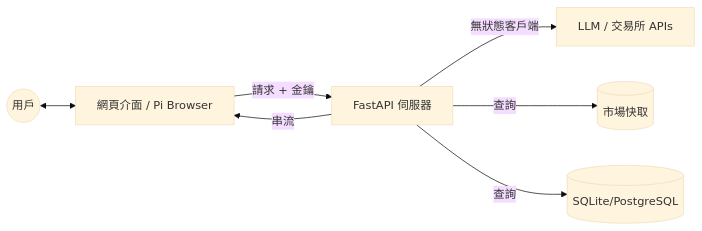
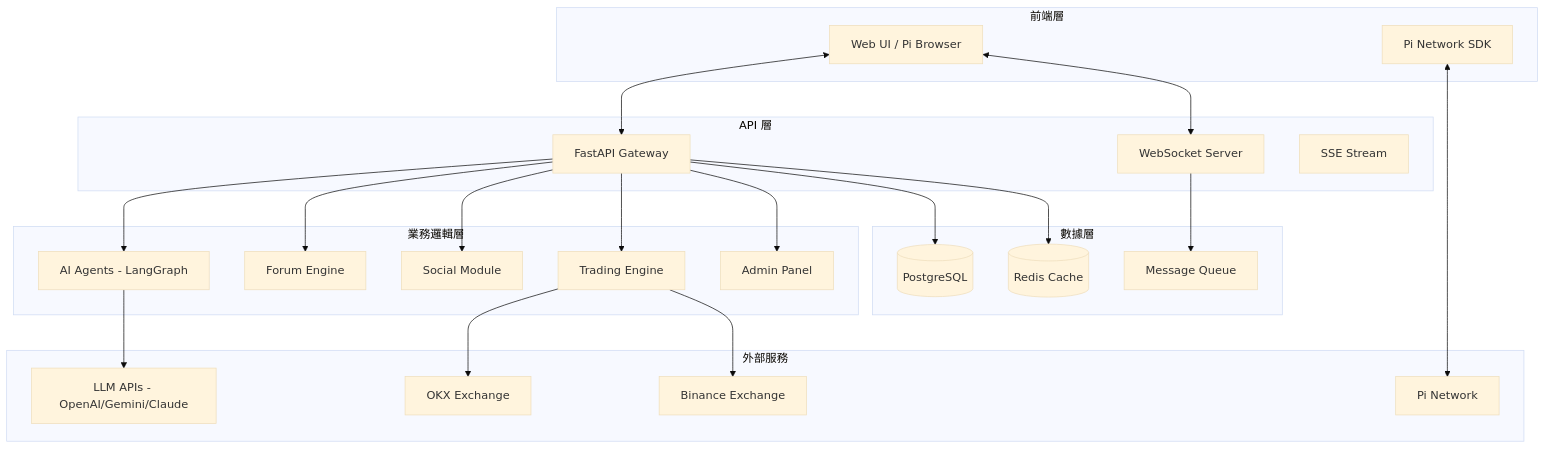
One commit to aaaa47080/stock_agent changed the diagram in README_CN.md. Above: the diagram before and after it, drawn with Mermaid (base theme). The commit also changed other lines of this file and 1 other file, not shown here.

````diff
--- a/README_CN.md
+++ b/README_CN.md
@@ -74,9 +143,52 @@
 ```mermaid
-graph LR
-    User((用戶)) <--> UI[網頁介面 / Pi Browser]
-    UI -- "請求 + 金鑰" --> API[FastAPI 伺服器]
-    API -- "無狀態客戶端" --> LLM[LLM / 交易所 APIs]
-    API -- "查詢" --> Cache[(市場快取)]
-    API -- "查詢" --> DB[(SQLite/PostgreSQL)]
-    API -- "串流" --> UI
+graph TB
+    subgraph "前端層"
+        UI[Web UI / Pi Browser]
+        PISDK[Pi Network SDK]
+    end
+
+    subgraph "API 層"
+        GATEWAY[FastAPI Gateway]
+        WS[WebSocket Server]
+        SSE[SSE Stream]
+    end
+
+    subgraph "業務邏輯層"
+        AGENTS[AI Agents - LangGraph]
+        FORUM[Forum Engine]
+        SOCIAL[Social Module]
+        TRADING[Trading Engine]
+        ADMIN[Admin Panel]
+    end
+
+    subgraph "數據層"
+        DB[(PostgreSQL)]
+        CACHE[(Redis Cache)]
+        MQ[Message Queue]
+    end
+
+    subgraph "外部服務"
+        LLM[LLM APIs - OpenAI/Gemini/Claude]
+        OKX[OKX Exchange]
+        BINANCE[Binance Exchange]
+        PI[Pi Network]
+    end
+
+    UI <--> GATEWAY
+    UI <--> WS
+    PISDK <--> PI
+
+    GATEWAY --> AGENTS
+    GATEWAY --> FORUM
+    GATEWAY --> SOCIAL
+    GATEWAY --> TRADING
+    GATEWAY --> ADMIN
+
+    AGENTS --> LLM
+    TRADING --> OKX
+    TRADING --> BINANCE
+
+    GATEWAY --> DB
+    GATEWAY --> CACHE
+    WS --> MQ
 ```
````
